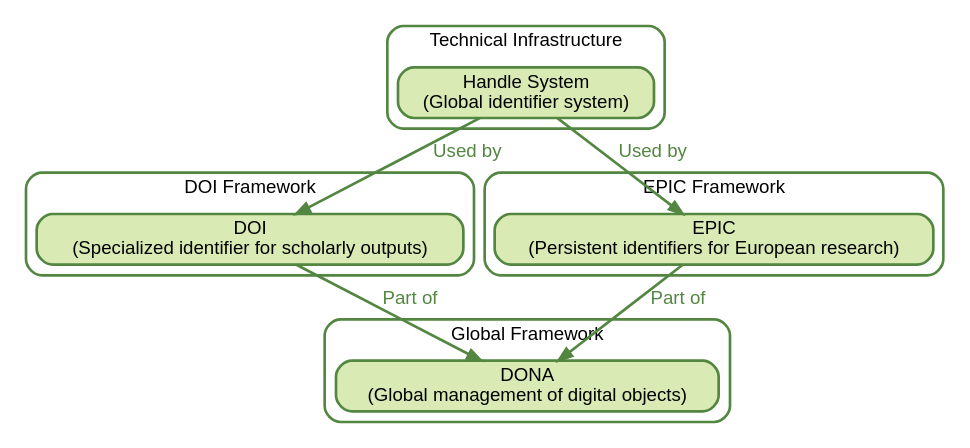
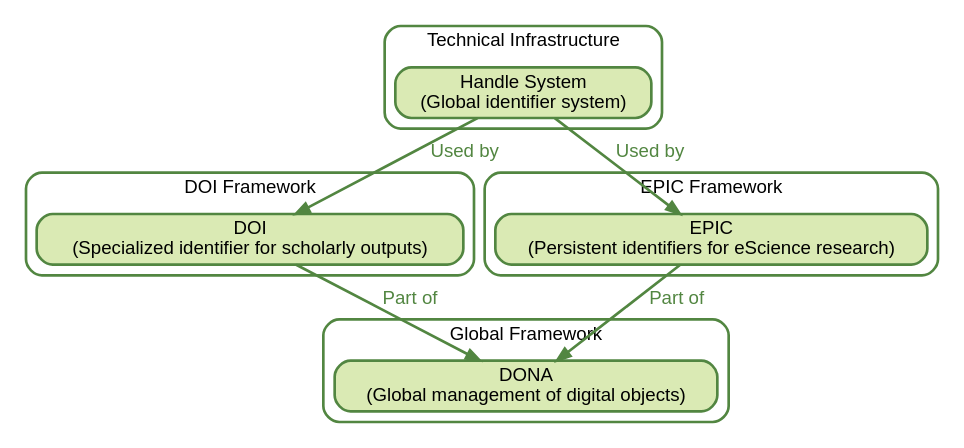
Before and after one commit to chStaiger/rdm-tech-foundations: the first of 3 diagrams in book/pid-services.qmd, drawn with Graphviz. The commit also changed other lines of this file, not shown here.

```diff
--- a/book/pid-services.qmd
+++ b/book/pid-services.qmd
@@ -174,7 +176,7 @@
         DOI [label="DOI\n(Specialized identifier for scholarly outputs)"];
     }
 
-    /* --- EPIC Framework --- */
+    /* --- ePIC Framework --- */
     subgraph cluster_epic {
         label="EPIC Framework";
         fontsize=14;
@@ -182,7 +184,7 @@
         color="#528641";
         penwidth=2;
 
-        EPIC [label="EPIC\n(Persistent identifiers for European research)"];
+        EPIC [label="EPIC\n(Persistent identifiers for eScience research)"];
     }
 
     /* --- Global Framework --- */
```
